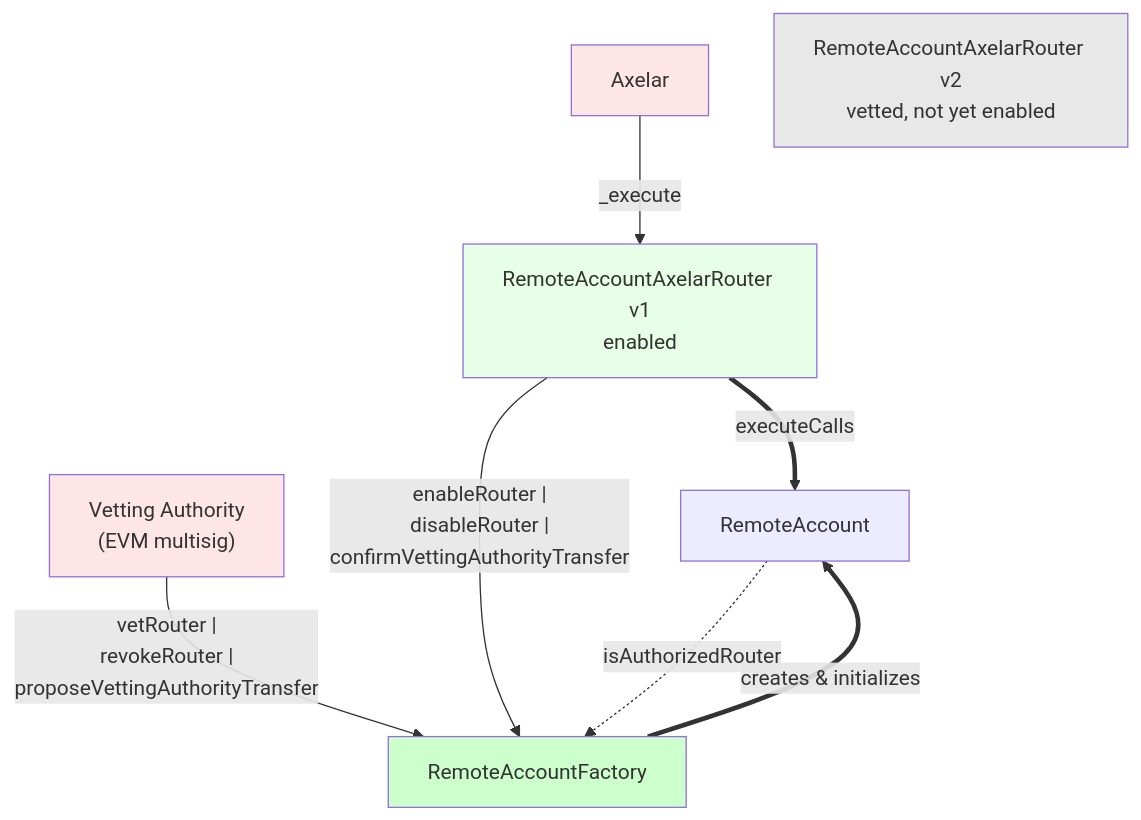
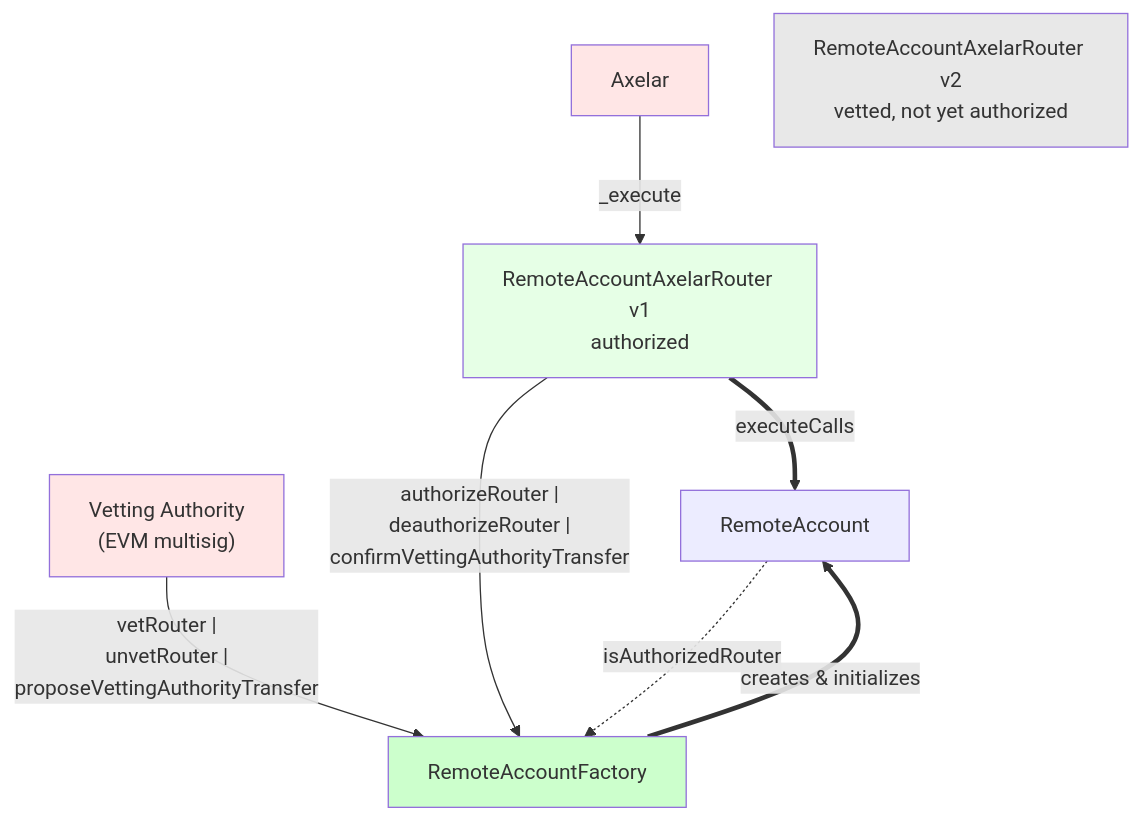
One commit to agoric-labs/agoric-to-axelar-local changed the ninth of 10 diagrams in packages/axelar-local-dev-cosmos/src/contracts/design.md. Above: the diagram before and after it, drawn with Mermaid. The commit also changed other lines of this file and 10 other files, not shown here.

Commit message:
chore: enable/disable/revoke -> authorize/deauthorize/unvet

````diff
--- a/packages/axelar-local-dev-cosmos/src/contracts/design.md
+++ b/packages/axelar-local-dev-cosmos/src/contracts/design.md
@@ -636,27 +636,27 @@
 ```mermaid
 graph TB
     Axelar
     VA["Vetting Authority<br/>(EVM multisig)"]
-    ROUTER1[RemoteAccountAxelarRouter v1<br/>enabled]
-    ROUTER2[RemoteAccountAxelarRouter v2<br/>vetted, not yet enabled]
+    ROUTER1[RemoteAccountAxelarRouter v1<br/>authorized]
+    ROUTER2[RemoteAccountAxelarRouter v2<br/>vetted, not yet authorized]
     RAF[RemoteAccountFactory]
     RA[RemoteAccount]
 
     Axelar -->|_execute| ROUTER1
 
-    VA -->|"vetRouter |<br>revokeRouter |<br>proposeVettingAuthorityTransfer"| RAF
+    VA -->|"vetRouter |<br>unvetRouter |<br>proposeVettingAuthorityTransfer"| RAF
 
     ROUTER1 ==>|executeCalls| RA
 
-    ROUTER1 -->|"enableRouter |<br>disableRouter |<br>confirmVettingAuthorityTransfer"| RAF
+    ROUTER1 -->|"authorizeRouter |<br>deauthorizeRouter |<br>confirmVettingAuthorityTransfer"| RAF
 
     RAF ==>|creates & initializes| RA
 
     RA -.->|isAuthorizedRouter| RAF
 
     style Axelar fill:#ffe6e6
     style VA fill:#ffe6e6
     style ROUTER1 fill:#e6ffe6
     style ROUTER2 fill:#e8e8e8
     style RAF fill:#ccffcc
 ```
````
